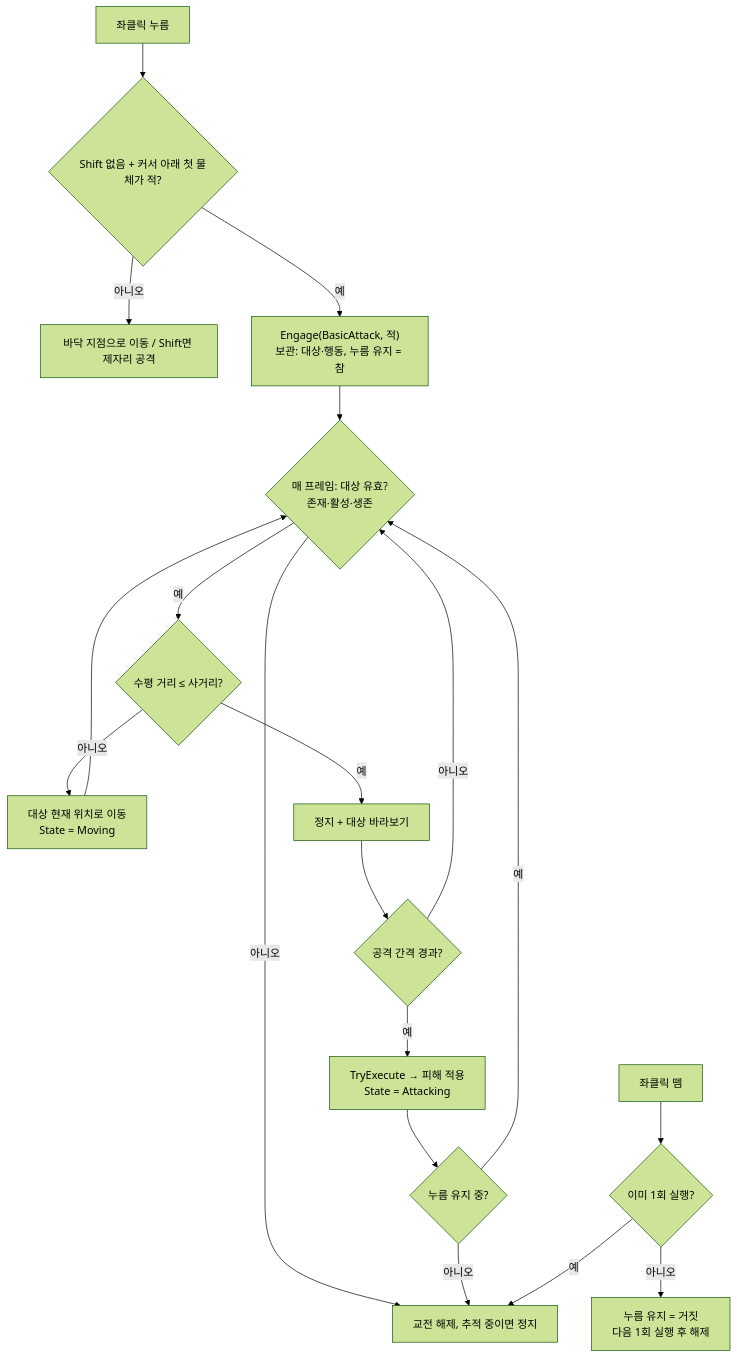
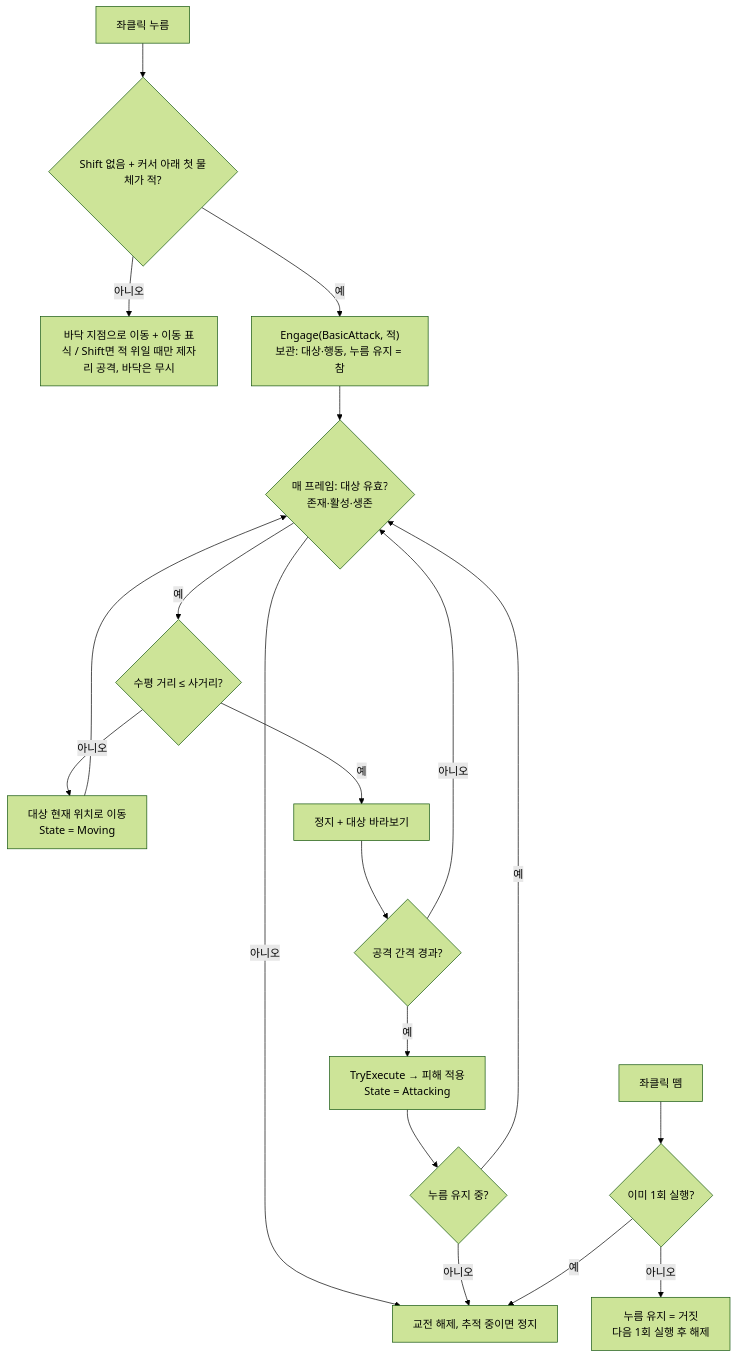
One commit to lwy0810/BROKEN-SOVEREIGN changed diagram 16 of 17 in Docs/ClassDiagram.md. Above: the diagram before and after it, drawn with Mermaid (forest theme). The commit also changed other lines of this file and 3 other files, not shown here.

First line of the commit message:
[Docs] 10/21 UI·입력 변경 기록 (GDD 10장, ClassDiagram, DevLog, QA)

````diff
--- a/Docs/ClassDiagram.md
+++ b/Docs/ClassDiagram.md
@@ -1380,20 +1385,20 @@
 ```mermaid
 flowchart TD
     A[좌클릭 누름] --> B{Shift 없음 + 커서 아래 첫 물체가 적?}
-    B -- 아니오 --> M[바닥 지점으로 이동 / Shift면 제자리 공격]
+    B -- 아니오 --> M[바닥 지점으로 이동 + 이동 표식 / Shift면 적 위일 때만 제자리 공격, 바닥은 무시]
     B -- 예 --> C["Engage(BasicAttack, 적)<br/>보관: 대상·행동, 누름 유지 = 참"]
     C --> D{매 프레임: 대상 유효?<br/>존재·활성·생존}
     D -- 아니오 --> X[교전 해제, 추적 중이면 정지]
     D -- 예 --> E{수평 거리 ≤ 사거리?}
     E -- 아니오 --> F["대상 현재 위치로 이동<br/>State = Moving"] --> D
     E -- 예 --> G[정지 + 대상 바라보기]
     G --> H{공격 간격 경과?}
     H -- 아니오 --> D
     H -- 예 --> I["TryExecute → 피해 적용<br/>State = Attacking"]
     I --> J{누름 유지 중?}
     J -- 예 --> D
     J -- 아니오 --> X
     R[좌클릭 뗌] --> S{이미 1회 실행?}
     S -- 예 --> X
     S -- 아니오 --> T[누름 유지 = 거짓<br/>다음 1회 실행 후 해제]
 ```
````
